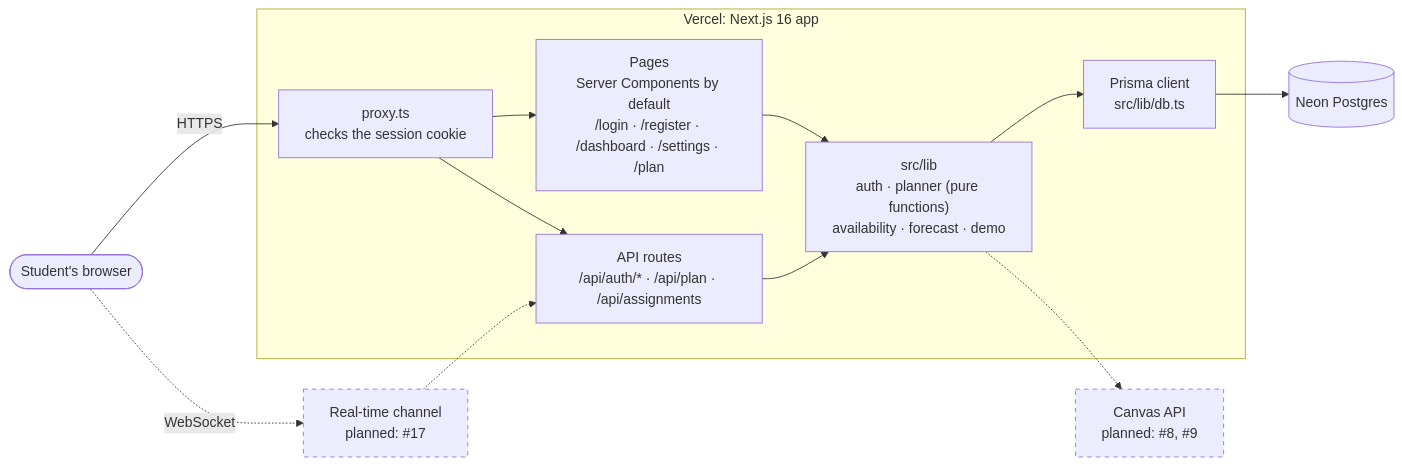
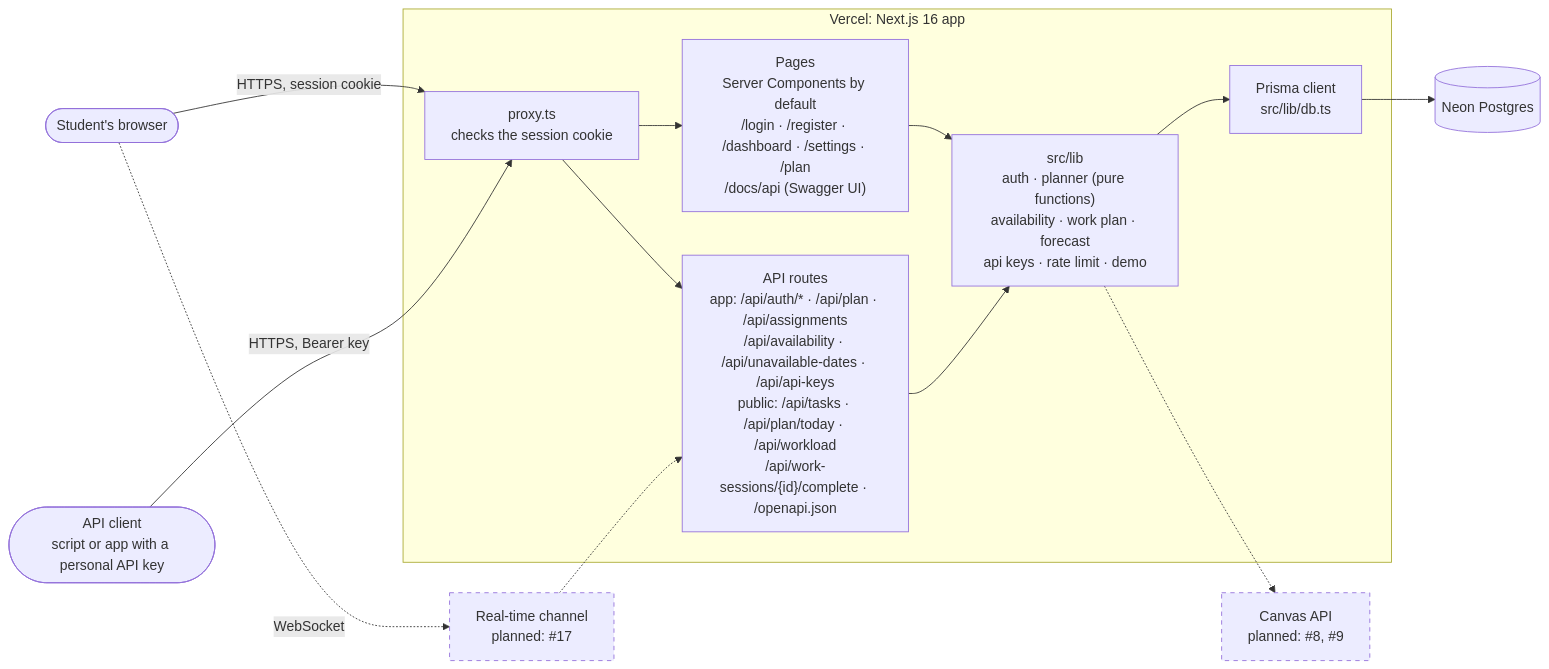
One commit to ch3nxi1iu/CS6983Project2 changed the first of 2 diagrams in docs/architecture.md. Above: the diagram before and after it, drawn with Mermaid. The commit also changed other lines of this file and 1 other file, not shown here.

Commit message:
docs: add API keys, assignment kind and the public API to the diagrams (#22)

````diff
--- a/docs/architecture.md
+++ b/docs/architecture.md
@@ -8,30 +8,32 @@
 ```mermaid
 flowchart LR
   browser(["Student's browser"])
+  client(["API client<br/>script or app with a personal API key"])
 
   subgraph vercel["Vercel: Next.js 16 app"]
     proxy["proxy.ts<br/>checks the session cookie"]
-    pages["Pages<br/>Server Components by default<br/>/login · /register · /dashboard · /settings · /plan"]
-    api["API routes<br/>/api/auth/* · /api/plan · /api/assignments"]
-    lib["src/lib<br/>auth · planner (pure functions)<br/>availability · forecast · demo"]
+    pages["Pages<br/>Server Components by default<br/>/login · /register · /dashboard · /settings · /plan<br/>/docs/api (Swagger UI)"]
+    api["API routes<br/>app: /api/auth/* · /api/plan · /api/assignments<br/>/api/availability · /api/unavailable-dates · /api/api-keys<br/>public: /api/tasks · /api/plan/today · /api/workload<br/>/api/work-sessions/{id}/complete · /openapi.json"]
+    lib["src/lib<br/>auth · planner (pure functions)<br/>availability · work plan · forecast<br/>api keys · rate limit · demo"]
     db["Prisma client<br/>src/lib/db.ts"]
   end
 
   neon[("Neon Postgres")]
   canvas["Canvas API<br/>planned: #8, #9"]
   realtime["Real-time channel<br/>planned: #17"]
 
-  browser -->|HTTPS| proxy
+  browser -->|HTTPS, session cookie| proxy
+  client -->|HTTPS, Bearer key| proxy
   proxy --> pages
   proxy --> api
   pages --> lib
   api --> lib
   lib --> db
   db --> neon
   lib -.-> canvas
   browser -.->|WebSocket| realtime
   realtime -.-> api
 
   classDef planned stroke-dasharray: 5 5
   class canvas,realtime planned
 ```
````
